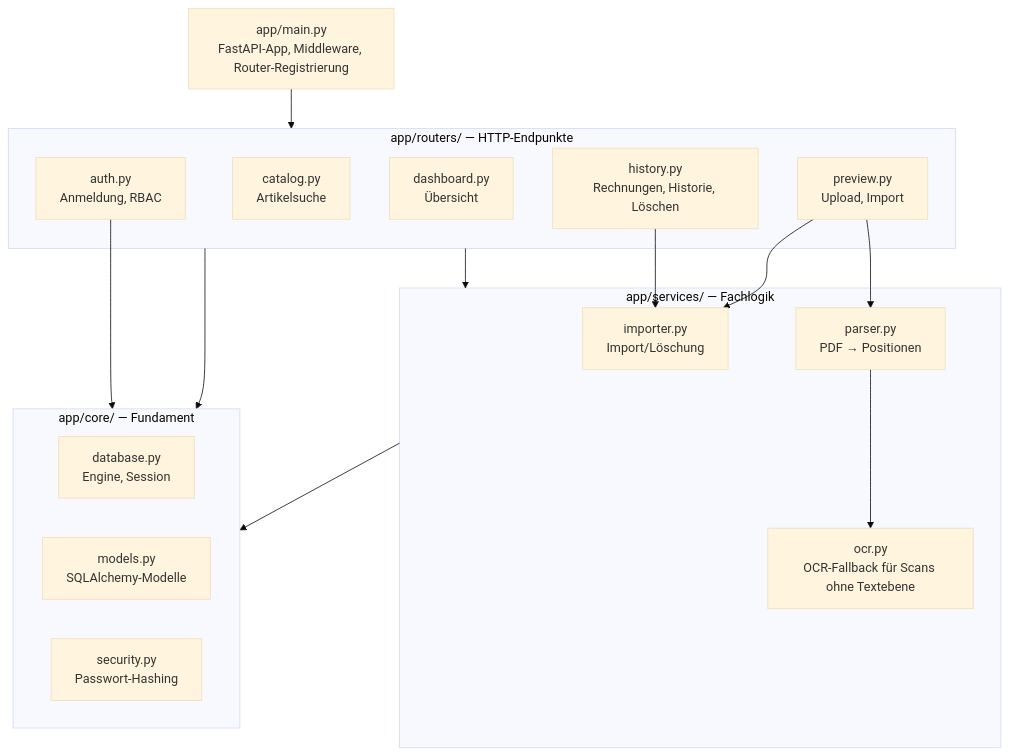
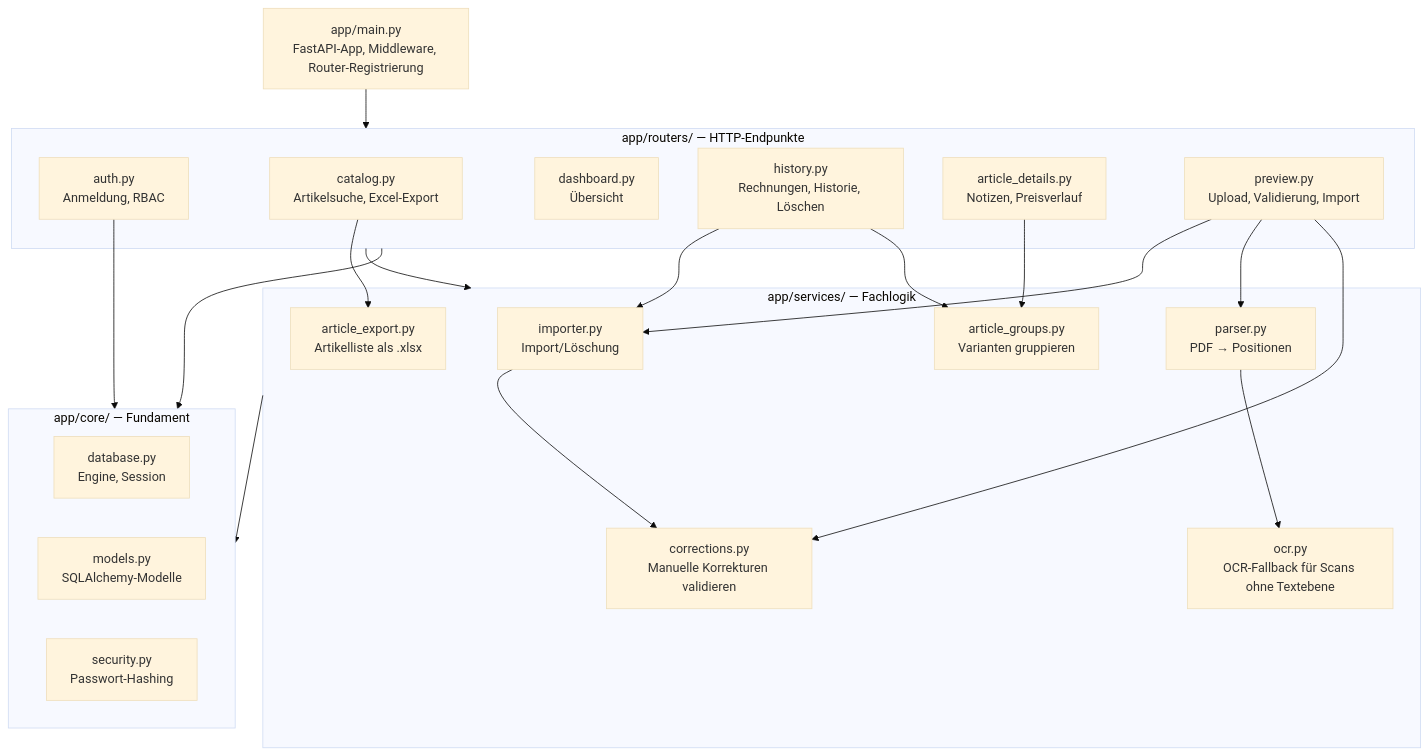
The first of 2 diagrams in docs/architektur.md (FreaXz03/sportfabrik-inventory), drawn with Mermaid (base theme) before and after one commit. The commit also changed other lines of this file and 23 other files, not shown here.

Commit message:
Add filtered Excel export, delivery date search and updated documentation

````diff
--- a/docs/architektur.md
+++ b/docs/architektur.md
@@ -8,31 +8,40 @@
 ```mermaid
 flowchart TB
     main["app/main.py<br/>FastAPI-App, Middleware, Router-Registrierung"]
     subgraph routers["app/routers/ — HTTP-Endpunkte"]
         auth["auth.py<br/>Anmeldung, RBAC"]
-        catalog["catalog.py<br/>Artikelsuche"]
+        catalog["catalog.py<br/>Artikelsuche, Excel-Export"]
         dashboard["dashboard.py<br/>Übersicht"]
         history["history.py<br/>Rechnungen, Historie, Löschen"]
-        preview["preview.py<br/>Upload, Import"]
+        article_details["article_details.py<br/>Notizen, Preisverlauf"]
+        preview["preview.py<br/>Upload, Validierung, Import"]
     end
     subgraph services["app/services/ — Fachlogik"]
         importer["importer.py<br/>Import/Löschung"]
         parser["parser.py<br/>PDF → Positionen"]
         ocr["ocr.py<br/>OCR-Fallback für Scans ohne Textebene"]
+        corrections["corrections.py<br/>Manuelle Korrekturen validieren"]
+        article_groups["article_groups.py<br/>Varianten gruppieren"]
+        article_export["article_export.py<br/>Artikelliste als .xlsx"]
     end
     subgraph core["app/core/ — Fundament"]
         database["database.py<br/>Engine, Session"]
         models["models.py<br/>SQLAlchemy-Modelle"]
         security["security.py<br/>Passwort-Hashing"]
     end
 
     main --> routers
     routers --> services
     routers --> core
     services --> core
     auth --> core
     preview --> importer
     preview --> parser
+    preview --> corrections
+    importer --> corrections
     parser --> ocr
     history --> importer
+    history --> article_groups
+    article_details --> article_groups
+    catalog --> article_export
 ```
````
